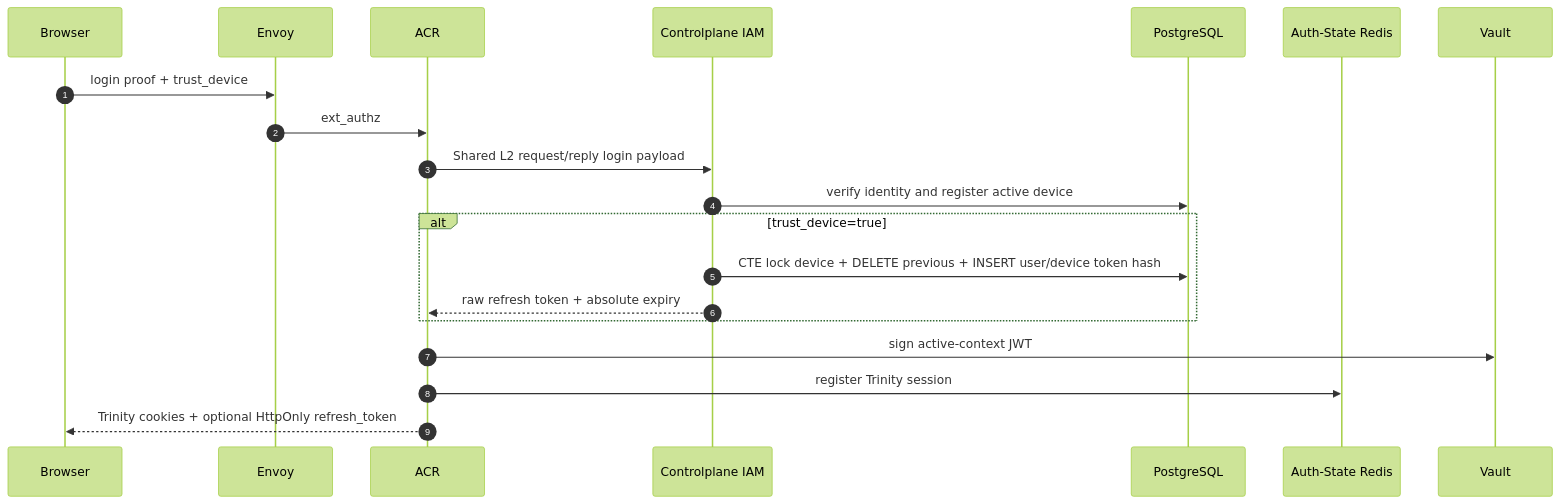
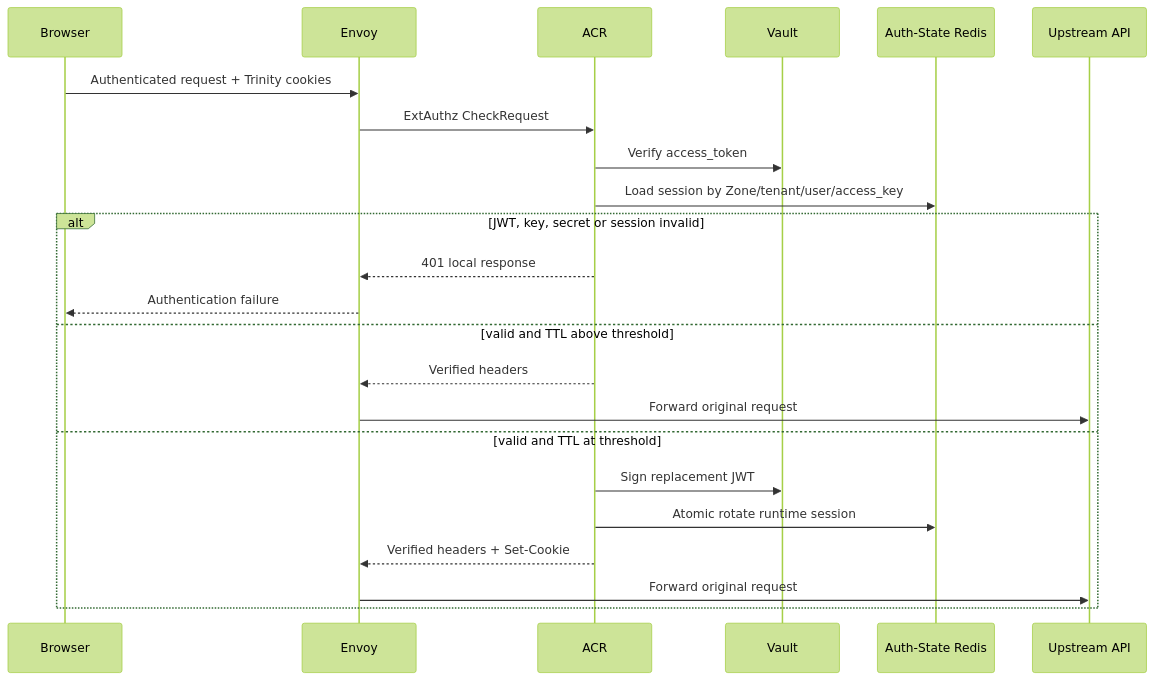
Before and after one commit to phucle996/aurora: the first of 3 diagrams in god_view/iam/user_post_login_session_god_view_workflow.md, drawn with Mermaid (forest theme). The commit also changed other lines of this file, not shown here.

Commit message:
docs(iam): clarify post-login session workflow

````diff
--- a/god_view/iam/user_post_login_session_god_view_workflow.md
+++ b/god_view/iam/user_post_login_session_god_view_workflow.md
@@ -79,23 +76,26 @@
 ```mermaid
 sequenceDiagram
-    autonumber
-    participant Browser
-    participant Envoy
-    participant ACR
-    participant CP as Controlplane IAM
-    participant DB as PostgreSQL
-    participant AuthRedis as Auth-State Redis
-    participant Vault
+    participant B as Browser
+    participant E as Envoy
+    participant A as ACR
+    participant V as Vault
+    participant R as Auth-State Redis
+    participant U as Upstream API
 
-    Browser->>Envoy: login proof + trust_device
-    Envoy->>ACR: ext_authz
-    ACR->>CP: Shared L2 request/reply login payload
-    CP->>DB: verify identity and register active device
-    alt trust_device=true
-        CP->>DB: CTE lock device + DELETE previous + INSERT user/device token hash
-        CP-->>ACR: raw refresh token + absolute expiry
+    B->>E: Authenticated request + Trinity cookies
+    E->>A: ExtAuthz CheckRequest
+    A->>V: Verify access_token
+    A->>R: Load session by Zone/tenant/user/access_key
+    alt JWT, key, secret or session invalid
+        A-->>E: 401 local response
+        E-->>B: Authentication failure
+    else valid and TTL above threshold
+        A-->>E: Verified headers
+        E->>U: Forward original request
+    else valid and TTL at threshold
+        A->>V: Sign replacement JWT
+        A->>R: Atomic rotate runtime session
+        A-->>E: Verified headers + Set-Cookie
+        E->>U: Forward original request
     end
-    ACR->>Vault: sign active-context JWT
-    ACR->>AuthRedis: register Trinity session
-    ACR-->>Browser: Trinity cookies + optional HttpOnly refresh_token
 ```
````
